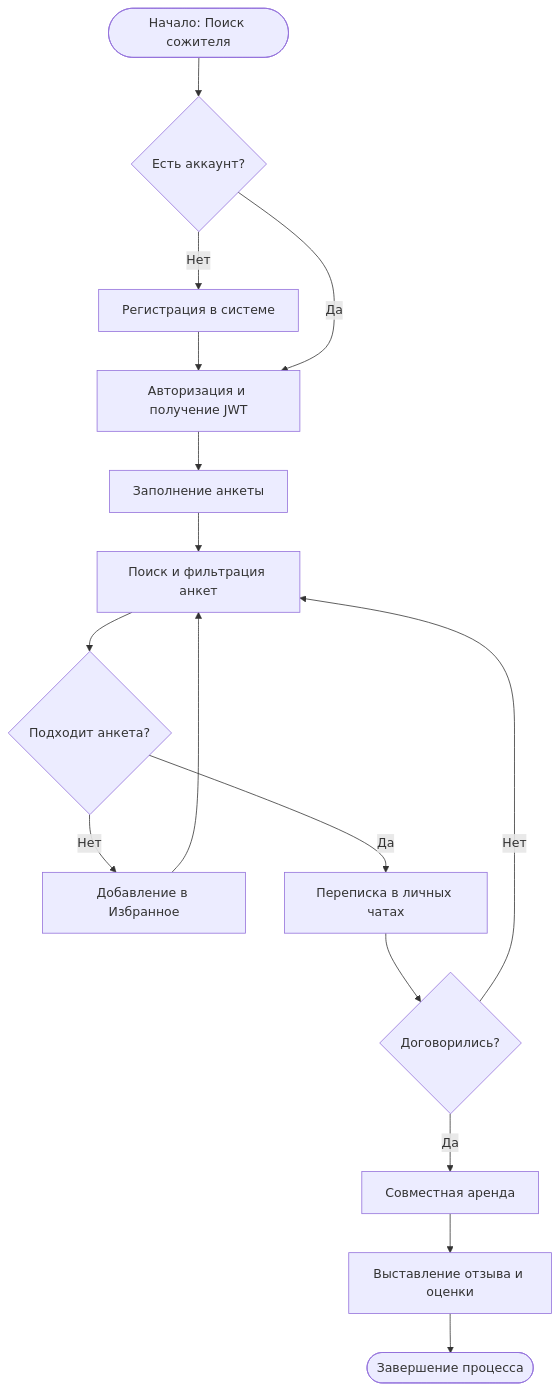
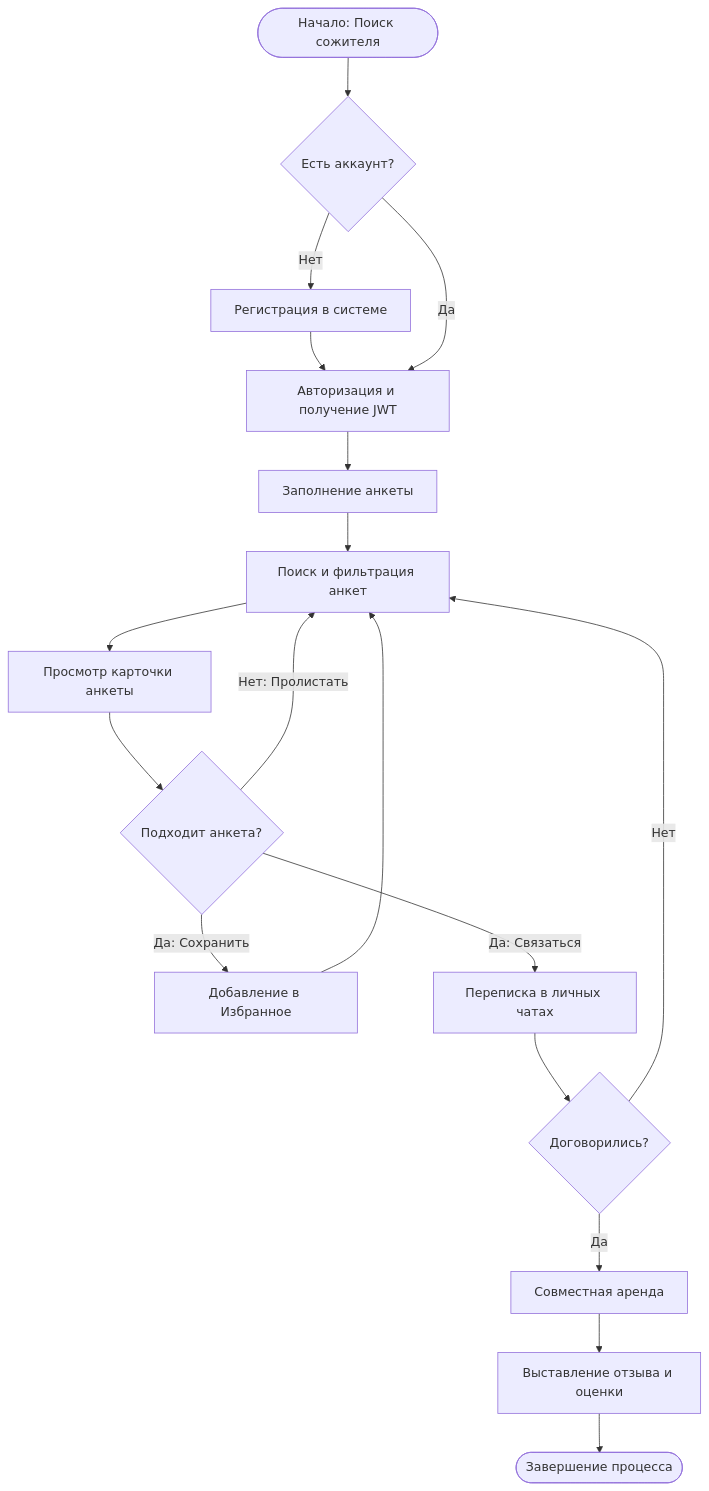
Before and after one commit to chizhikovannet/pet-project: the diagram in docs/models.md, drawn with Mermaid.

````diff
--- a/docs/models.md
+++ b/docs/models.md
@@ -1,24 +1,27 @@
 ```mermaid
 flowchart TD
     Start([Начало: Поиск сожителя]) --> AuthCheck{Есть аккаунт?}
 
     AuthCheck -- Нет --> Register[Регистрация в системе]
     Register --> Login[Авторизация и получение JWT]
     AuthCheck -- Да --> Login
 
     Login --> CreateProfile[Заполнение анкеты]
     CreateProfile --> Search[Поиск и фильтрация анкет]
 
-    Search --> Found{Подходит анкета?}
-    Found -- Нет --> SaveFav[Добавление в Избранное]
+    Search --> ViewCard[Просмотр карточки анкеты]
+    ViewCard --> Found{Подходит анкета?}
+
+    Found -- Нет: Пролистать --> Search
+    Found -- Да: Сохранить --> SaveFav[Добавление в Избранное]
     SaveFav --> Search
+    Found -- Да: Связаться --> Chat[Переписка в личных чатах]
 
-    Found -- Да --> Chat[Переписка в личных чатах]
     Chat --> Agree{Договорились?}
 
     Agree -- Нет --> Search
     Agree -- Да --> CoRent[Совместная аренда]
 
     CoRent --> Rate[Выставление отзыва и оценки]
     Rate --> End([Завершение процесса])
 ```
````
